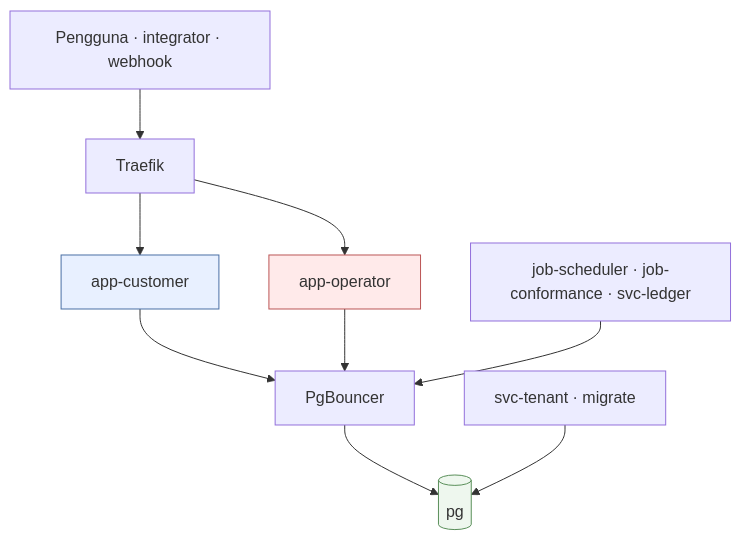
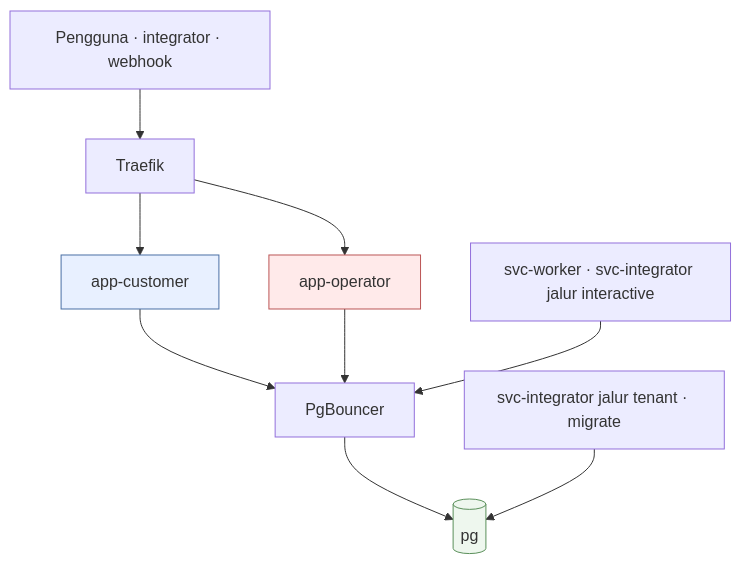
One commit to tri-evendi/sai-accounting changed the second of 4 diagrams in docs/arsitektur/01-ARSITEKTUR.md. Above: the diagram before and after it, drawn with Mermaid. The commit also changed other lines of this file and 67 other files, not shown here.

First line of the commit message:
feat(layanan): 1 image = 1 container — svc-worker + svc-integrator; -backup berbagi lapisan -migrator

````diff
--- a/docs/arsitektur/01-ARSITEKTUR.md
+++ b/docs/arsitektur/01-ARSITEKTUR.md
@@ -75,15 +75,15 @@
 ```mermaid
 graph TB
     LUAR[Pengguna · integrator · webhook] --> TR[Traefik]
     TR --> WEBC[app-customer]
     TR --> WEBO[app-operator]
     WEBC --> PGB[PgBouncer]
     WEBO --> PGB
-    JOB[job-scheduler · job-conformance · svc-ledger] --> PGB
+    JOB[svc-worker · svc-integrator jalur interactive] --> PGB
     PGB --> DB[(pg)]
-    LANGSUNG[svc-tenant · migrate] --> DB
+    LANGSUNG[svc-integrator jalur tenant · migrate] --> DB
 
     style WEBC fill:#e8f0ff,stroke:#4a6fa5
     style WEBO fill:#ffeaea,stroke:#b55
     style DB fill:#eef7ee,stroke:#5a8f5a
 ```
````
